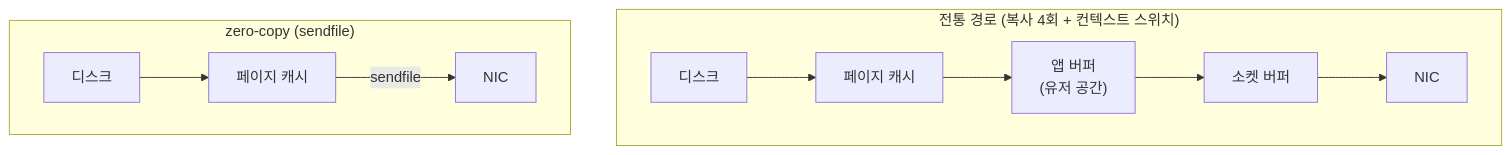
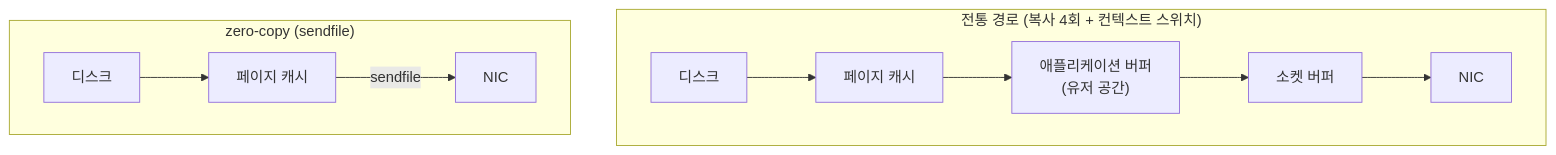
One commit to johnycho/johny-dev changed the second of 3 diagrams in blog/2026-08-18-kafka-why-fast.mdx. Above: the diagram before and after it, drawn with Mermaid. The commit also changed other lines of this file and 49 other files, not shown here.

````diff
--- a/blog/2026-08-18-kafka-why-fast.mdx
+++ b/blog/2026-08-18-kafka-why-fast.mdx
@@ -39,9 +39,9 @@
 ```mermaid
 flowchart TB
     subgraph T["전통 경로 (복사 4회 + 컨텍스트 스위치)"]
-        d1["디스크"] --> pc1["페이지 캐시"] --> app["앱 버퍼<br/>(유저 공간)"] --> sk["소켓 버퍼"] --> nic1["NIC"]
+        d1["디스크"] --> pc1["페이지 캐시"] --> app["애플리케이션 버퍼<br/>(유저 공간)"] --> sk["소켓 버퍼"] --> nic1["NIC"]
     end
     subgraph Z["zero-copy (sendfile)"]
         d2["디스크"] --> pc2["페이지 캐시"] -->|sendfile| nic2["NIC"]
     end
 ```
````
